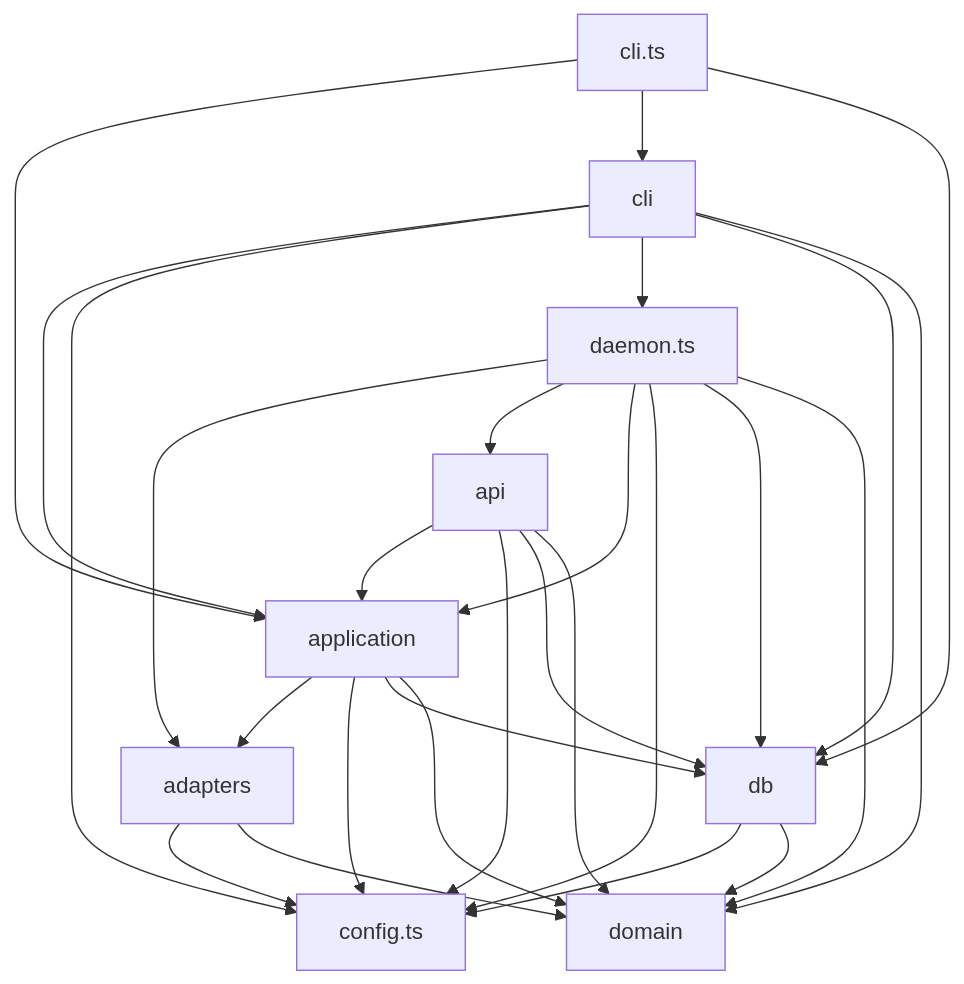
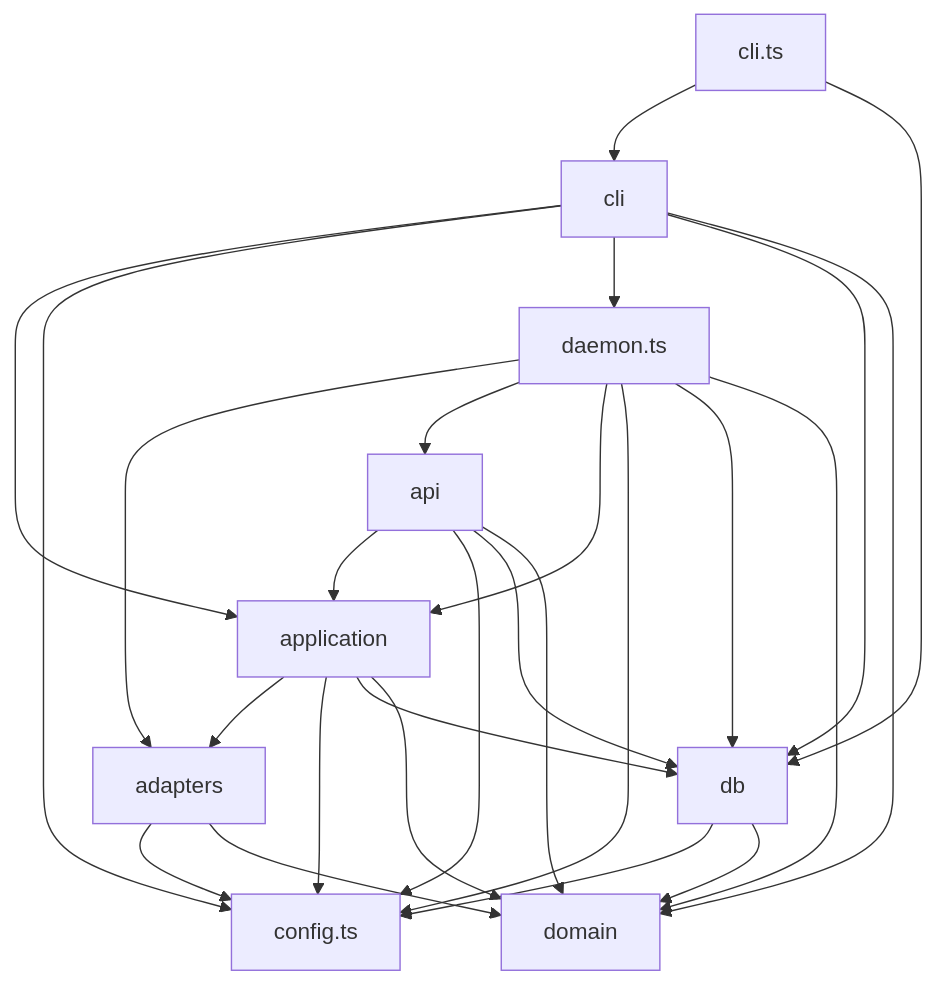
One commit to tomrobdev/agentdeck changed the third of 5 diagrams in docs/architecture.md. Above: the diagram before and after it, drawn with Mermaid. The commit also changed 8 other files, not shown here.

````diff
--- a/docs/architecture.md
+++ b/docs/architecture.md
@@ -107,38 +107,37 @@
 ```mermaid
 flowchart TD
   adapters["adapters"]
   api["api"]
   application["application"]
   cli["cli"]
   cli_ts["cli.ts"]
   config_ts["config.ts"]
   daemon_ts["daemon.ts"]
   db["db"]
   domain["domain"]
   adapters --> config_ts
   adapters --> domain
   api --> application
   api --> config_ts
   api --> db
   api --> domain
   application --> adapters
   application --> config_ts
   application --> db
   application --> domain
-  cli_ts --> application
   cli_ts --> cli
   cli_ts --> db
   cli --> application
   cli --> config_ts
   cli --> daemon_ts
   cli --> db
   cli --> domain
   daemon_ts --> adapters
   daemon_ts --> api
   daemon_ts --> application
   daemon_ts --> config_ts
   daemon_ts --> db
   daemon_ts --> domain
   db --> config_ts
   db --> domain
 ```
````
